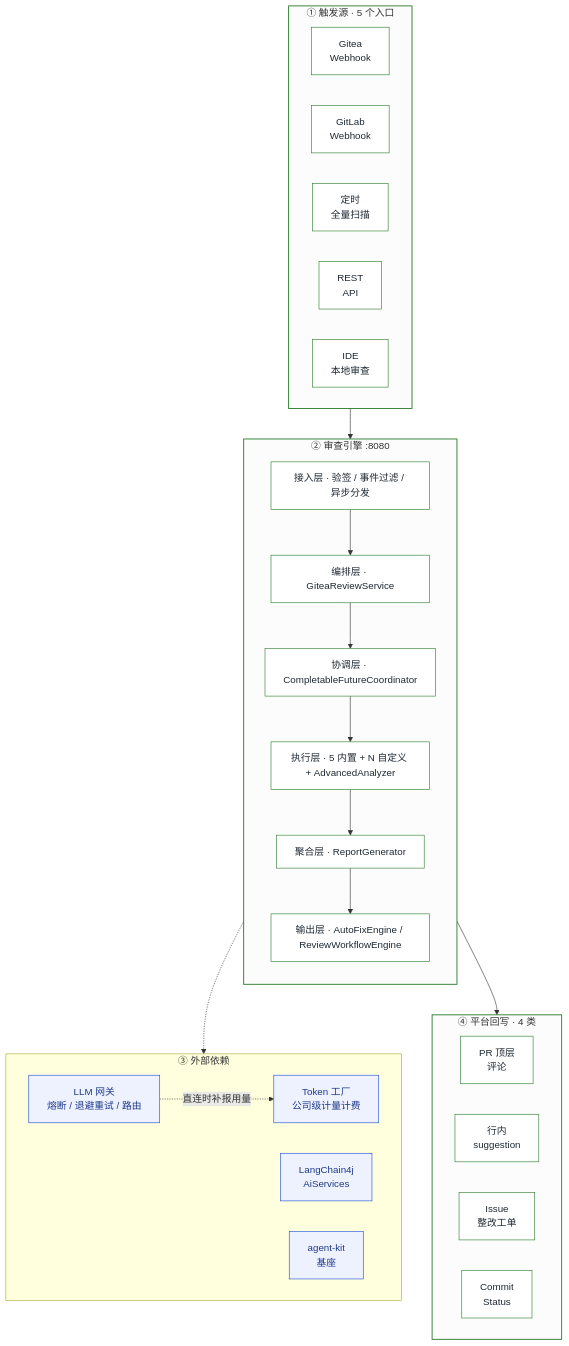
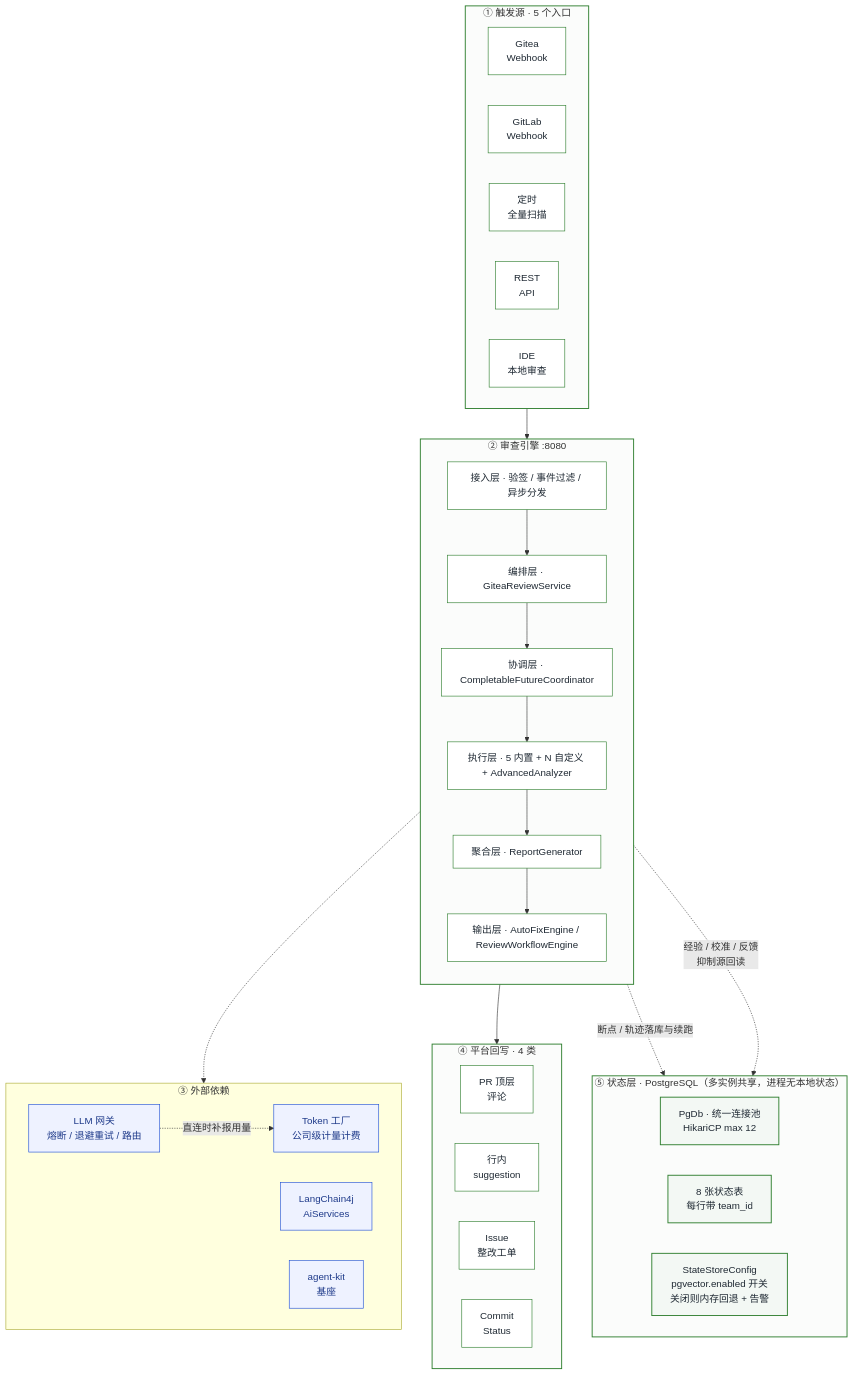
One commit to 13liyunfei/code-review-agent changed the diagram in docs/diagrams/l0-overview.mmd. Above: the diagram before and after it, drawn with Mermaid. The commit also changed 4 other files, not shown here.

First line of the commit message:
docs: 图集同步 PostgreSQL 集群存储改造（12 → 13 张）

```diff
--- a/docs/diagrams/l0-overview.mmd
+++ b/docs/diagrams/l0-overview.mmd
@@ -1,48 +1,59 @@
 flowchart TD
     subgraph SRC["① 触发源 · 5 个入口"]
         direction LR
         S1["Gitea<br/>Webhook"]
         S2["GitLab<br/>Webhook"]
         S3["定时<br/>全量扫描"]
         S4["REST<br/>API"]
         S5["IDE<br/>本地审查"]
     end
 
     subgraph ENG["② 审查引擎 :8080"]
         direction TB
         E1["接入层 · 验签 / 事件过滤 / 异步分发"]
         E2["编排层 · GiteaReviewService"]
         E3["协调层 · CompletableFutureCoordinator"]
         E4["执行层 · 5 内置 + N 自定义 + AdvancedAnalyzer"]
         E5["聚合层 · ReportGenerator"]
         E6["输出层 · AutoFixEngine / ReviewWorkflowEngine"]
         E1 --> E2 --> E3 --> E4 --> E5 --> E6
     end
 
     subgraph EXT["③ 外部依赖"]
         direction LR
         X1["LLM 网关<br/>熔断 / 退避重试 / 路由"]
         X2["LangChain4j<br/>AiServices"]
         X3["agent-kit<br/>基座"]
         X4["Token 工厂<br/>公司级计量计费"]
     end
 
     subgraph OUT["④ 平台回写 · 4 类"]
         direction LR
         O1["PR 顶层<br/>评论"]
         O2["行内<br/>suggestion"]
         O3["Issue<br/>整改工单"]
         O4["Commit<br/>Status"]
     end
 
+    subgraph STATE["⑤ 状态层 · PostgreSQL（多实例共享，进程无本地状态）"]
+        direction LR
+        T1["PgDb · 统一连接池<br/>HikariCP max 12"]
+        T2["8 张状态表<br/>每行带 team_id"]
+        T3["StateStoreConfig<br/>pgvector.enabled 开关<br/>关闭则内存回退 + 告警"]
+    end
+
     SRC --> E1
     E4 -.-> EXT
     X1 -.->|"直连时补报用量"| X4
     E6 --> OUT
+    E3 -.->|"断点 / 轨迹落库与续跑"| STATE
+    E4 -.->|"经验 / 校准 / 反馈<br/>抑制源回读"| STATE
 
     classDef grp fill:#FBFCFB,stroke:#2c7d2c,stroke-width:1.5px;
     classDef n fill:#FFFFFF,stroke:#2c7d2c,stroke-width:1px,color:#1f2933;
     classDef ext fill:#EEF2FF,stroke:#1d4ed8,stroke-width:1px,color:#1e3a8a;
-    class SRC,ENG,OUT grp;
+    classDef store fill:#F3F8F4,stroke:#2c7d2c,stroke-width:1.5px,color:#1f2933;
+    class SRC,ENG,OUT,STATE grp;
     class S1,S2,S3,S4,S5,E1,E2,E3,E4,E5,E6,O1,O2,O3,O4 n;
     class X1,X2,X3,X4 ext;
+    class T1,T2,T3 store;
```
